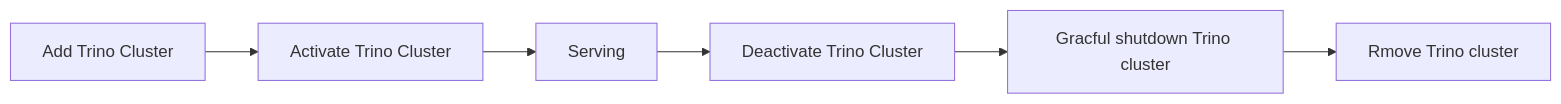
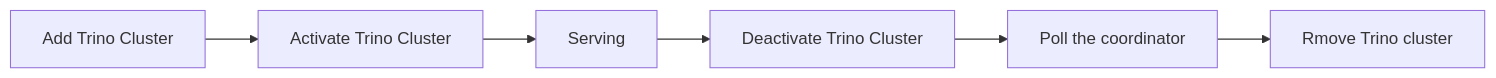
One commit to gavinjwl/trino-on-k8s changed the third of 3 diagrams in README.md. Above: the diagram before and after it, drawn with Mermaid. The commit also changed other lines of this file, not shown here.

````diff
--- a/README.md
+++ b/README.md
@@ -56,6 +68,6 @@
 ```mermaid
 flowchart LR
 1["Add Trino Cluster"] --> 2["Activate Trino Cluster"] --> 3["Serving"]
 3 --> 4
-4["Deactivate Trino Cluster"] --> 5["Gracful shutdown Trino cluster"] --> 6["Rmove Trino cluster"]
+4["Deactivate Trino Cluster"] --> 5["Poll the coordinator"] --> 6["Rmove Trino cluster"]
 ```
````
